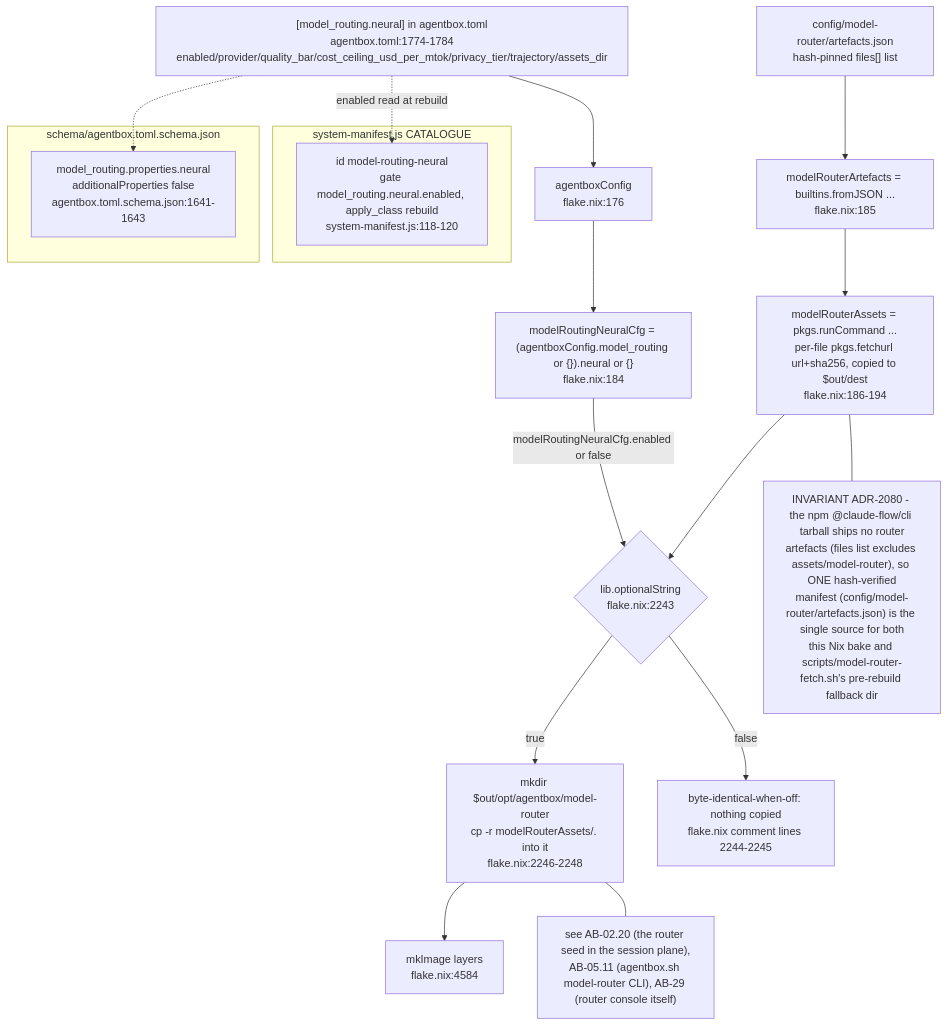
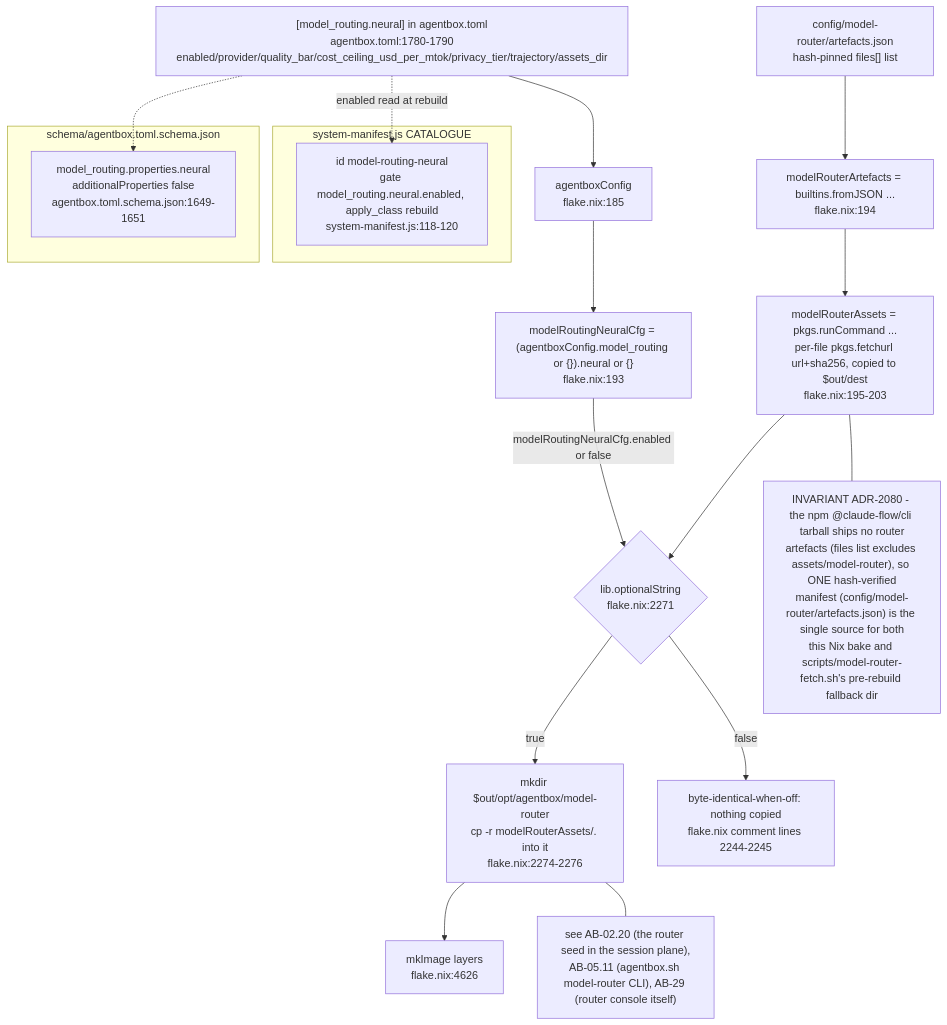
One commit to DreamLab-AI/VisionFlow changed the tenth of 10 diagrams in docs/diagrams/agentbox/01-nix-flake-composition.md. Above: the diagram before and after it, drawn with Mermaid. The commit also changed other lines of this file and 36 other files, not shown here.

First line of the commit message:
docs(diagrams): re-derive and re-stamp agentbox, dream-engine, visioncraft, visiontouch and vowl topics; drop LAN addresses

````diff
--- a/docs/diagrams/agentbox/01-nix-flake-composition.md
+++ b/docs/diagrams/agentbox/01-nix-flake-composition.md
@@ -483,29 +483,29 @@
 ```mermaid
 flowchart TB
-    TOML2["[model_routing.neural] in agentbox.toml<br/>agentbox.toml:1774-1784<br/>enabled/provider/quality_bar/cost_ceiling_usd_per_mtok/privacy_tier/trajectory/assets_dir"] --> CFG2["agentboxConfig<br/>flake.nix:176"]
-    CFG2 --> MRNCFG["modelRoutingNeuralCfg = (agentboxConfig.model_routing or {}).neural or {}<br/>flake.nix:184"]
-    ARTJSON["config/model-router/artefacts.json<br/>hash-pinned files[] list"] --> MRNFETCH["modelRouterArtefacts = builtins.fromJSON ...<br/>flake.nix:185"]
-    MRNFETCH --> MRNASSETS["modelRouterAssets = pkgs.runCommand ...<br/>per-file pkgs.fetchurl url+sha256, copied to $out/dest<br/>flake.nix:186-194"]
+    TOML2["[model_routing.neural] in agentbox.toml<br/>agentbox.toml:1780-1790<br/>enabled/provider/quality_bar/cost_ceiling_usd_per_mtok/privacy_tier/trajectory/assets_dir"] --> CFG2["agentboxConfig<br/>flake.nix:185"]
+    CFG2 --> MRNCFG["modelRoutingNeuralCfg = (agentboxConfig.model_routing or {}).neural or {}<br/>flake.nix:193"]
+    ARTJSON["config/model-router/artefacts.json<br/>hash-pinned files[] list"] --> MRNFETCH["modelRouterArtefacts = builtins.fromJSON ...<br/>flake.nix:194"]
+    MRNFETCH --> MRNASSETS["modelRouterAssets = pkgs.runCommand ...<br/>per-file pkgs.fetchurl url+sha256, copied to $out/dest<br/>flake.nix:195-203"]
 
-    MRNCFG -->|"modelRoutingNeuralCfg.enabled or false"| GATE{"lib.optionalString<br/>flake.nix:2243"}
+    MRNCFG -->|"modelRoutingNeuralCfg.enabled or false"| GATE{"lib.optionalString<br/>flake.nix:2271"}
     MRNASSETS --> GATE
-    GATE -->|true| BAKE["mkdir $out/opt/agentbox/model-router<br/>cp -r modelRouterAssets/. into it<br/>flake.nix:2246-2248"]
+    GATE -->|true| BAKE["mkdir $out/opt/agentbox/model-router<br/>cp -r modelRouterAssets/. into it<br/>flake.nix:2274-2276"]
     GATE -->|false| SKIP["byte-identical-when-off: nothing copied<br/>flake.nix comment lines 2244-2245"]
-    BAKE --> ALLPKG2["mkImage layers<br/>flake.nix:4584"]
+    BAKE --> ALLPKG2["mkImage layers<br/>flake.nix:4626"]
 
     subgraph MANIFEST2["system-manifest.js CATALOGUE"]
         MRNENTRY["id model-routing-neural<br/>gate model_routing.neural.enabled, apply_class rebuild<br/>system-manifest.js:118-120"]
     end
     TOML2 -.->|"enabled read at rebuild"| MRNENTRY
 
     subgraph SCHEMA2["schema/agentbox.toml.schema.json"]
-        NEURALSCHEMA["model_routing.properties.neural<br/>additionalProperties false<br/>agentbox.toml.schema.json:1641-1643"]
+        NEURALSCHEMA["model_routing.properties.neural<br/>additionalProperties false<br/>agentbox.toml.schema.json:1649-1651"]
     end
     TOML2 -.-> NEURALSCHEMA
 
     NOTE1["INVARIANT ADR-2080 - the npm @claude-flow/cli tarball ships no router<br/>artefacts (files list excludes assets/model-router), so ONE hash-verified<br/>manifest (config/model-router/artefacts.json) is the single source for both<br/>this Nix bake and scripts/model-router-fetch.sh's pre-rebuild fallback dir"]
     MRNASSETS --- NOTE1
 
     NOTE2["see AB-02.20 (the router seed in the session plane),<br/>AB-05.11 (agentbox.sh model-router CLI), AB-29 (router console itself)"]
     BAKE --- NOTE2
 ```
````
